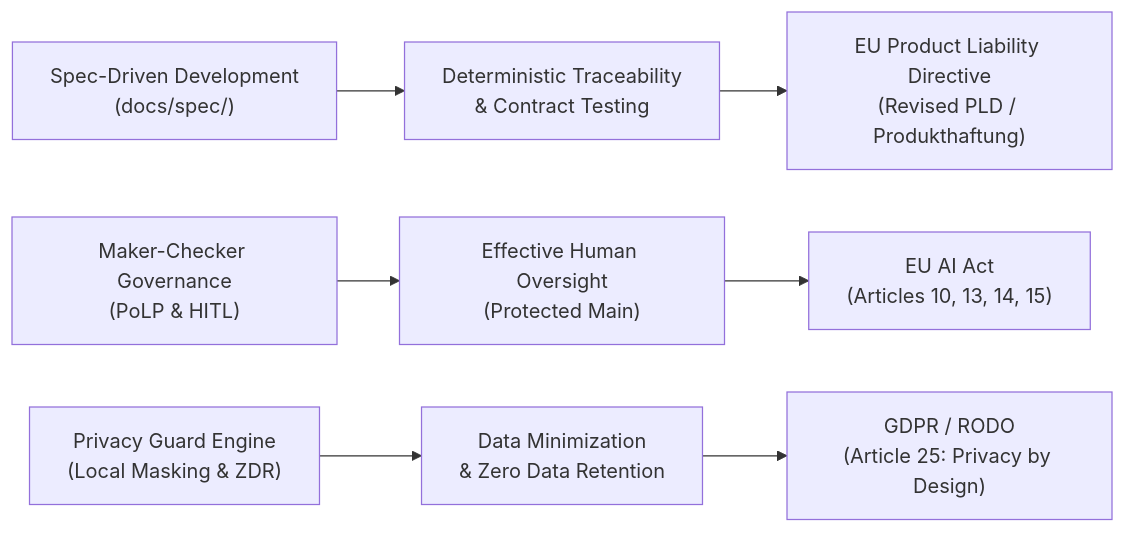
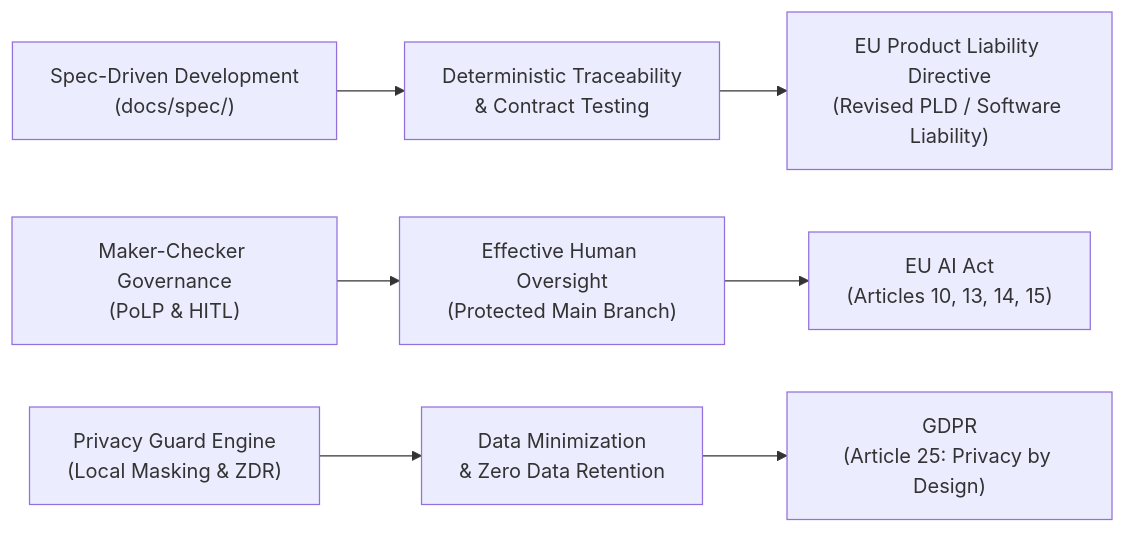
Before and after one commit to lukasmatusiewicz/OSCAR: the third of 3 diagrams in docs/spec/architecture.md, drawn with Mermaid. The commit also changed other lines of this file, not shown here.

Commit message:
docs: refine compliance and governance section with universal engineering terminology

````diff
--- a/docs/spec/architecture.md
+++ b/docs/spec/architecture.md
@@ -190,10 +191,10 @@
 ```mermaid
 flowchart LR
     SDD["Spec-Driven Development\n(docs/spec/)"] --> TRACE["Deterministic Traceability\n& Contract Testing"]
-    MAS["Maker-Checker Governance\n(PoLP & HITL)"] --> OVERSIGHT["Effective Human Oversight\n(Protected Main)"]
+    MAS["Maker-Checker Governance\n(PoLP & HITL)"] --> OVERSIGHT["Effective Human Oversight\n(Protected Main Branch)"]
     PG["Privacy Guard Engine\n(Local Masking & ZDR)"] --> PRIVACY["Data Minimization\n& Zero Data Retention"]
 
-    TRACE --> PLD["EU Product Liability Directive\n(Revised PLD / Produkthaftung)"]
+    TRACE --> PLD["EU Product Liability Directive\n(Revised PLD / Software Liability)"]
     OVERSIGHT --> AIACT["EU AI Act\n(Articles 10, 13, 14, 15)"]
-    PRIVACY --> GDPR["GDPR / RODO\n(Article 25: Privacy by Design)"]
+    PRIVACY --> GDPR["GDPR\n(Article 25: Privacy by Design)"]
 ```
````
